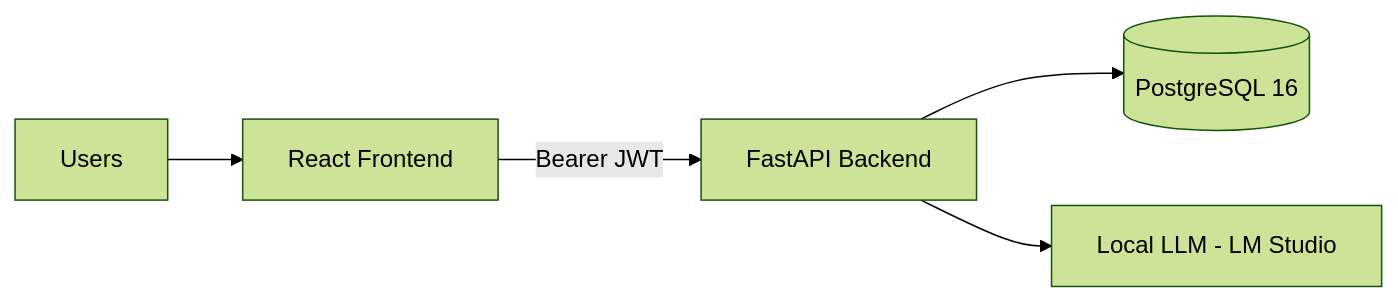
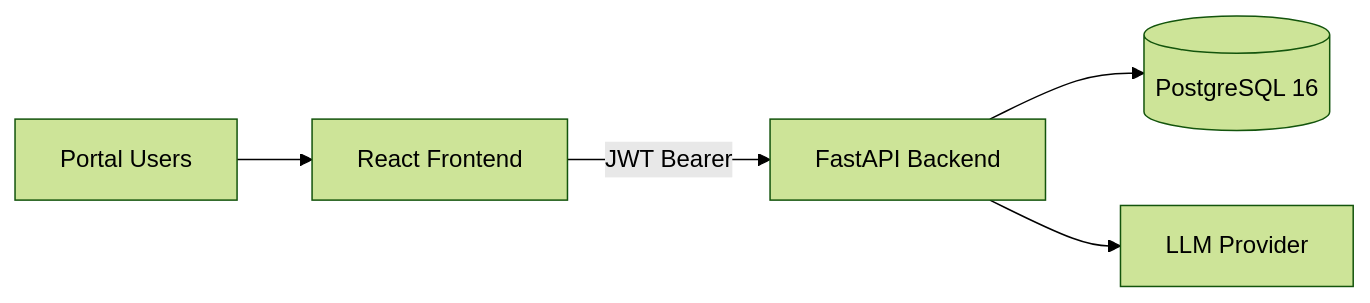
One commit to JiachengCJC/DSA3101_AGM_MVP changed the diagram in README.md. Above: the diagram before and after it, drawn with Mermaid (forest theme). The commit also changed other lines of this file and 1 other file, not shown here.

````diff
--- a/README.md
+++ b/README.md
@@ -26,7 +19,7 @@
 ```mermaid
 flowchart LR
-    U[Users] --> FE[React Frontend]
-    FE -->|Bearer JWT| BE[FastAPI Backend]
+    U[Portal Users] --> FE[React Frontend]
+    FE -->|JWT Bearer| BE[FastAPI Backend]
     BE --> DB[(PostgreSQL 16)]
-    BE --> LL[Local LLM - LM Studio]
+    BE --> LLM[LLM Provider]
 ```
````
